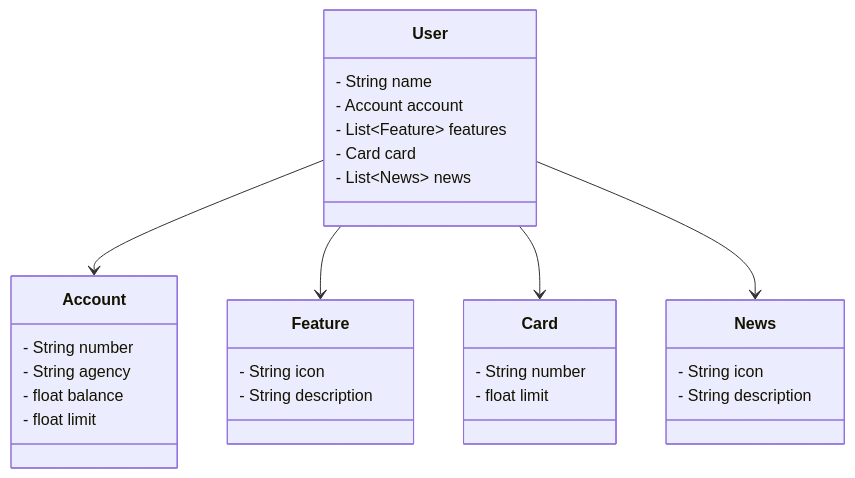
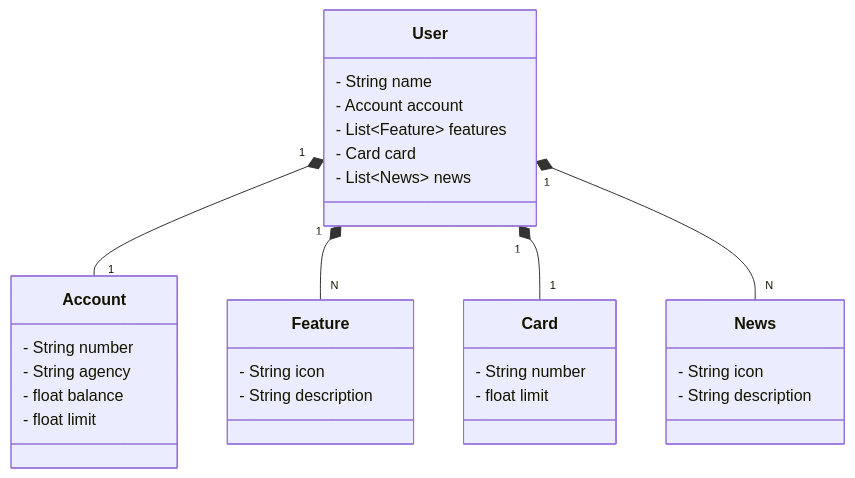
Before and after one commit to katrielaraujo/santander-dev-week-2023: the diagram in README.md, drawn with Mermaid.

````diff
--- a/README.md
+++ b/README.md
@@ -6,38 +6,38 @@
 ```mermaid
 classDiagram
     class User {
         - String name
         - Account account
         - List~Feature~ features
         - Card card
         - List~News~ news
     }
     
     class Account {
         - String number
         - String agency
         - float balance
         - float limit
     }
 
     class Feature {
         - String icon
         - String description
     }
     
     class Card {
         - String number
         - float limit
     }
     
     class News {
         - String icon
         - String description
     }
 
-    User --> Account
-    User --> Feature
-    User --> Card
-    User --> News
+    User "1" *-- "1" Account
+    User "1" *-- "N" Feature
+    User "1" *-- "1" Card
+    User "1" *-- "N" News
 
 ```
````
